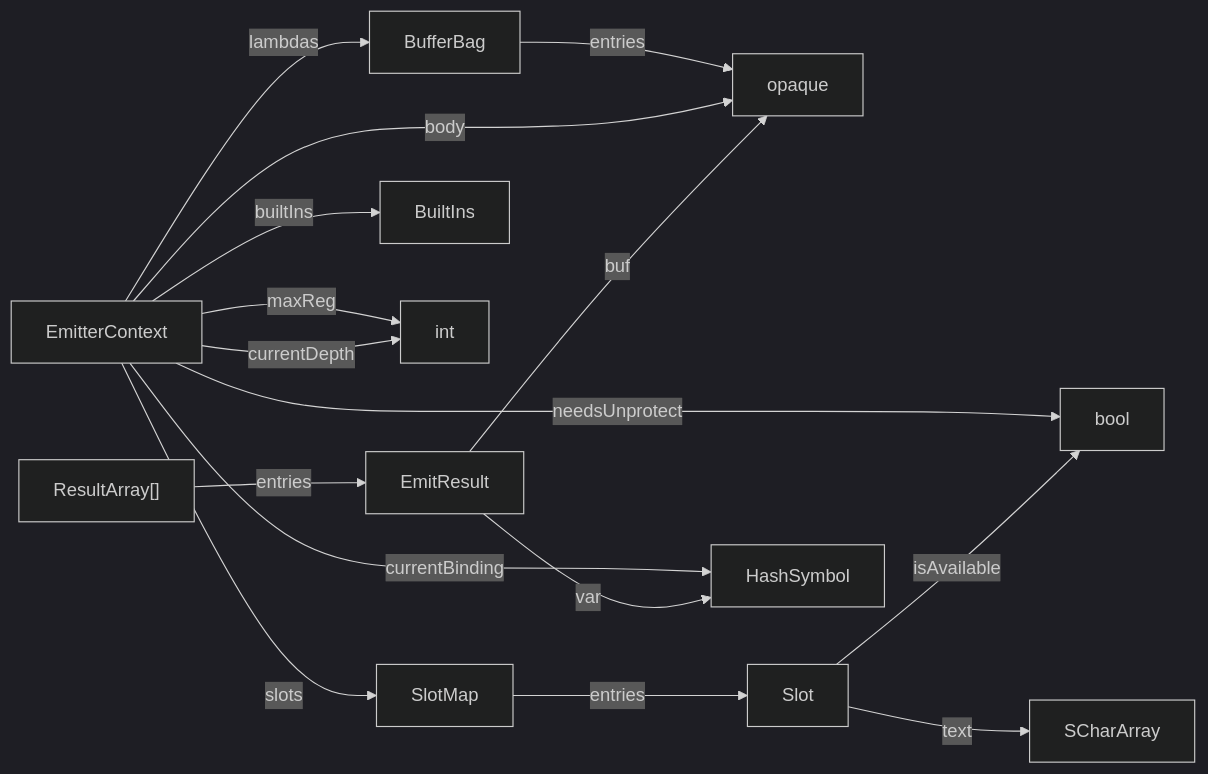
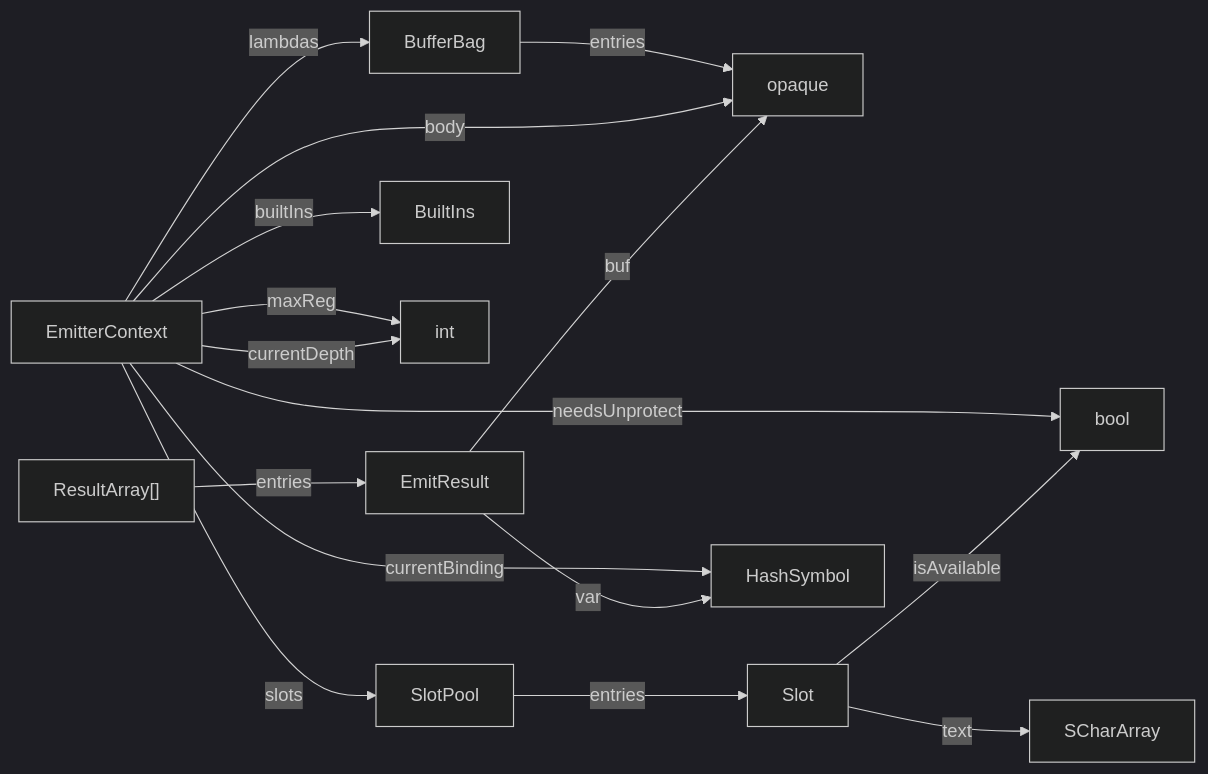
Before and after one commit to billhails/CEKF: the diagram in docs/generated/emit.md, drawn with Mermaid (dark theme). The commit also changed 8 other files, not shown here.

Commit message:
minor fixes before attcking Slot Pool Discipline

````diff
--- a/docs/generated/emit.md
+++ b/docs/generated/emit.md
@@ -5,18 +5,18 @@
 ```mermaid
 flowchart LR
 BufferBag --entries--> opaque
-SlotMap --entries--> Slot
+SlotPool --entries--> Slot
 EmitterContext --currentBinding--> HashSymbol
 EmitterContext --lambdas--> BufferBag
 EmitterContext --body--> opaque
 EmitterContext --builtIns--> BuiltIns
-EmitterContext --slots--> SlotMap
+EmitterContext --slots--> SlotPool
 EmitterContext --maxReg--> int
 EmitterContext --currentDepth--> int
 EmitterContext --needsUnprotect--> bool
 Slot --isAvailable--> bool
 Slot --text--> SCharArray
 EmitResult --var--> HashSymbol
 EmitResult --buf--> opaque
 ResultArray["ResultArray[]"] --entries--> EmitResult
 ```
````
